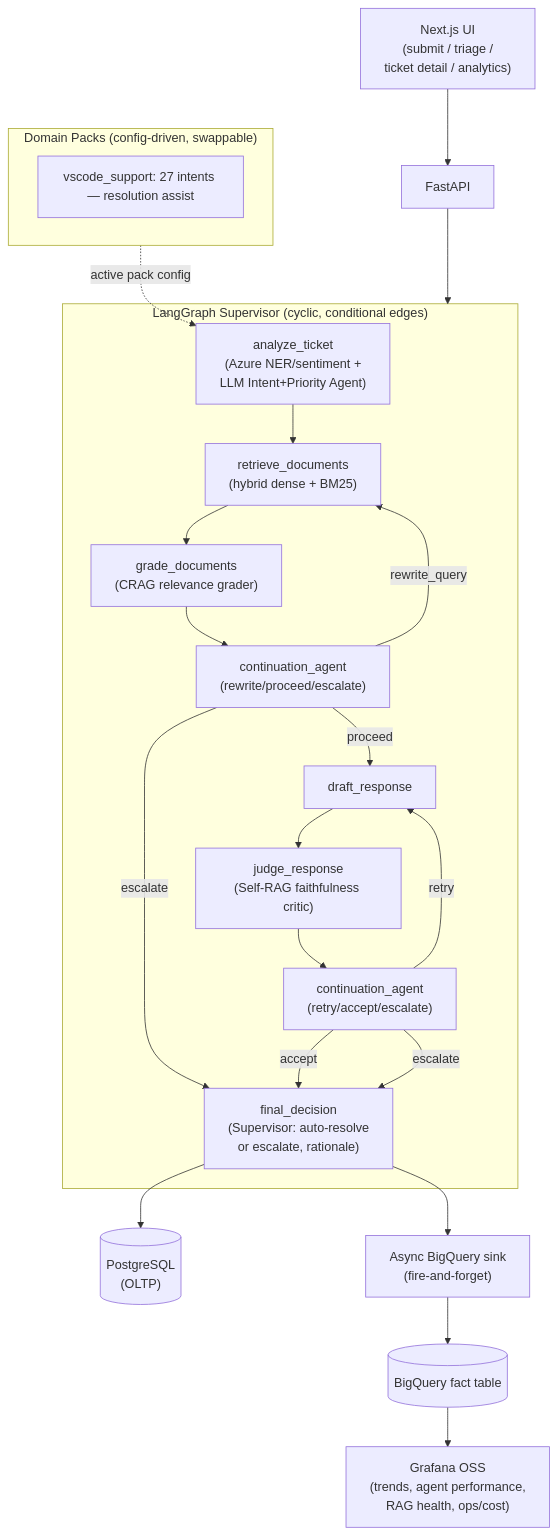
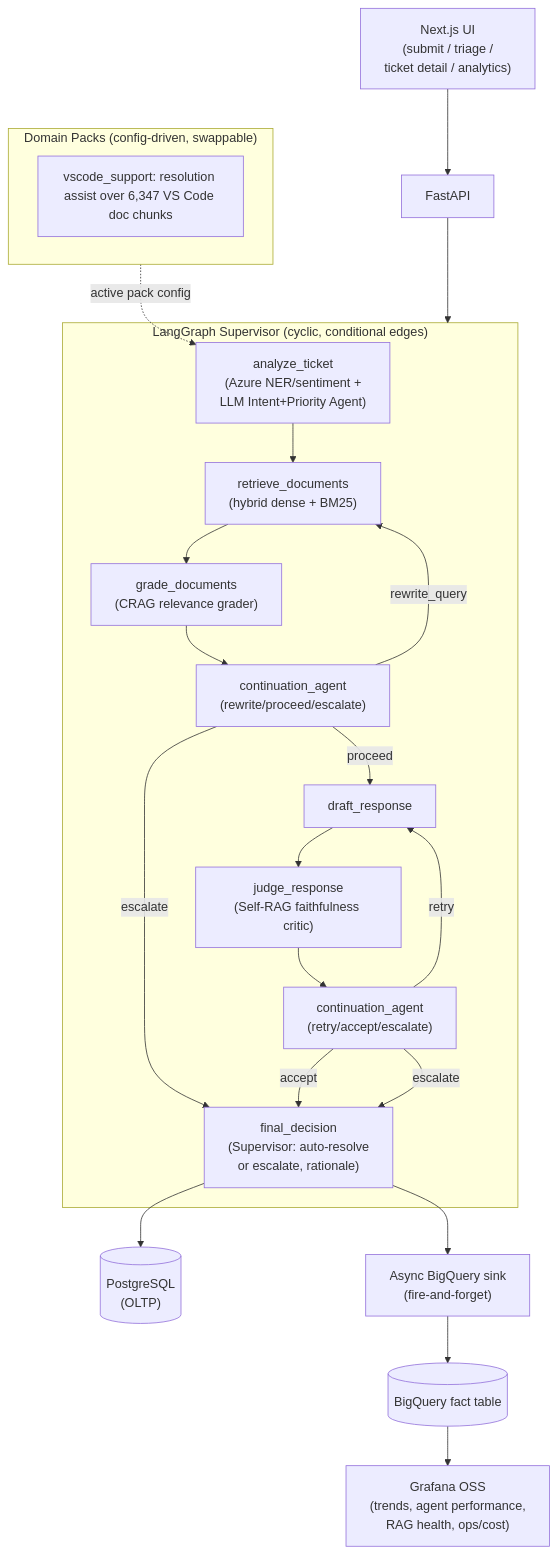
The diagram in README.md (pallavisharma6802/Multi-Cloud-AI-Agent-for-Ticket-Resolution), drawn with Mermaid before and after one commit. The commit also changed other lines of this file and 6 other files, not shown here.

````diff
--- a/README.md
+++ b/README.md
@@ -29,36 +30,36 @@
 ```mermaid
 flowchart TB
     subgraph domainPacks ["Domain Packs (config-driven, swappable)"]
-        itPack["vscode_support: 27 intents — resolution assist"]
+        vscodePack["vscode_support: resolution assist over 6,347 VS Code doc chunks"]
     end
 
     subgraph agenticGraph ["LangGraph Supervisor (cyclic, conditional edges)"]
         analyze["analyze_ticket\n(Azure NER/sentiment +\nLLM Intent+Priority Agent)"]
         retrieve["retrieve_documents\n(hybrid dense + BM25)"]
         grade["grade_documents\n(CRAG relevance grader)"]
         cont1["continuation_agent\n(rewrite/proceed/escalate)"]
         draft["draft_response"]
         judge["judge_response\n(Self-RAG faithfulness critic)"]
         cont2["continuation_agent\n(retry/accept/escalate)"]
         final["final_decision\n(Supervisor: auto-resolve\nor escalate, rationale)"]
 
         analyze --> retrieve --> grade --> cont1
         cont1 -->|rewrite_query| retrieve
         cont1 -->|proceed| draft
         cont1 -->|escalate| final
         draft --> judge --> cont2
         cont2 -->|retry| draft
         cont2 -->|accept| final
         cont2 -->|escalate| final
     end
 
     domainPacks -.->|active pack config| analyze
 
     final --> postgres[("PostgreSQL\n(OLTP)")]
     final --> bqSink["Async BigQuery sink\n(fire-and-forget)"]
     bqSink --> bigquery[("BigQuery fact table")]
     bigquery --> grafana["Grafana OSS\n(trends, agent performance,\nRAG health, ops/cost)"]
 
     ui["Next.js UI\n(submit / triage /\nticket detail / analytics)"] --> api["FastAPI"]
     api --> agenticGraph
 ```
````
